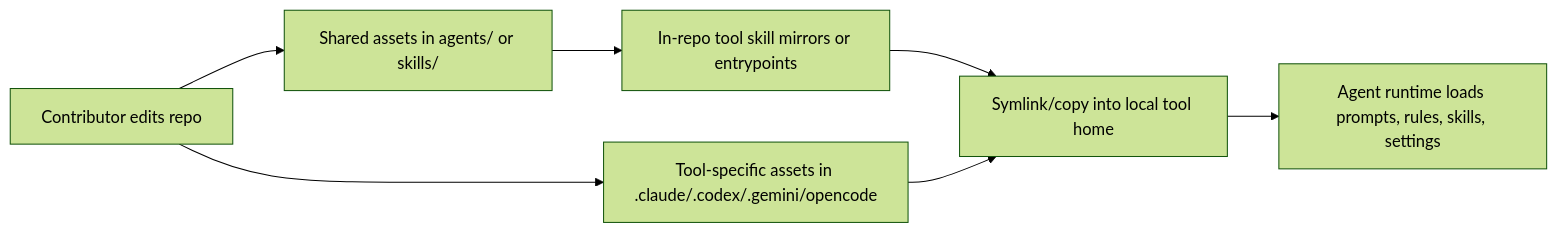
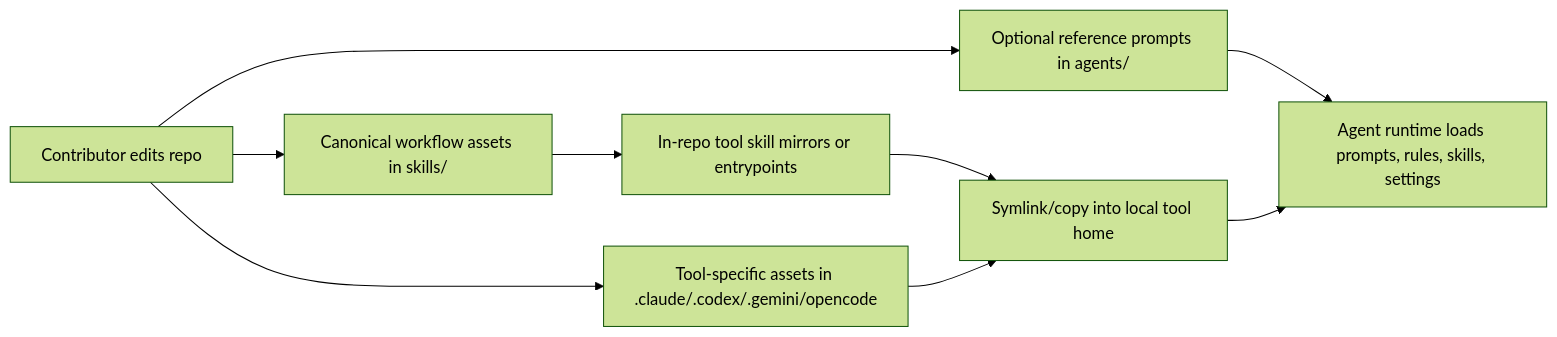
Before and after one commit to Tzeusy/ai-bootstrap: the first of 2 diagrams in about/lay-and-land/data-flow.md, drawn with Mermaid (forest theme). The commit also changed other lines of this file and 16 other files, not shown here.

````diff
--- a/about/lay-and-land/data-flow.md
+++ b/about/lay-and-land/data-flow.md
@@ -5,9 +5,11 @@
 ```mermaid
 flowchart LR
-    C[Contributor edits repo] --> S1[Shared assets in agents/ or skills/]
+    C[Contributor edits repo] --> S1[Canonical workflow assets in skills/]
+    C --> A1[Optional reference prompts in agents/]
     C --> S2[Tool-specific assets in .claude/.codex/.gemini/opencode]
     S1 --> M[In-repo tool skill mirrors or entrypoints]
     M --> I[Symlink/copy into local tool home]
     S2 --> I
+    A1 --> T
     I --> T[Agent runtime loads prompts, rules, skills, settings]
 ```
````
